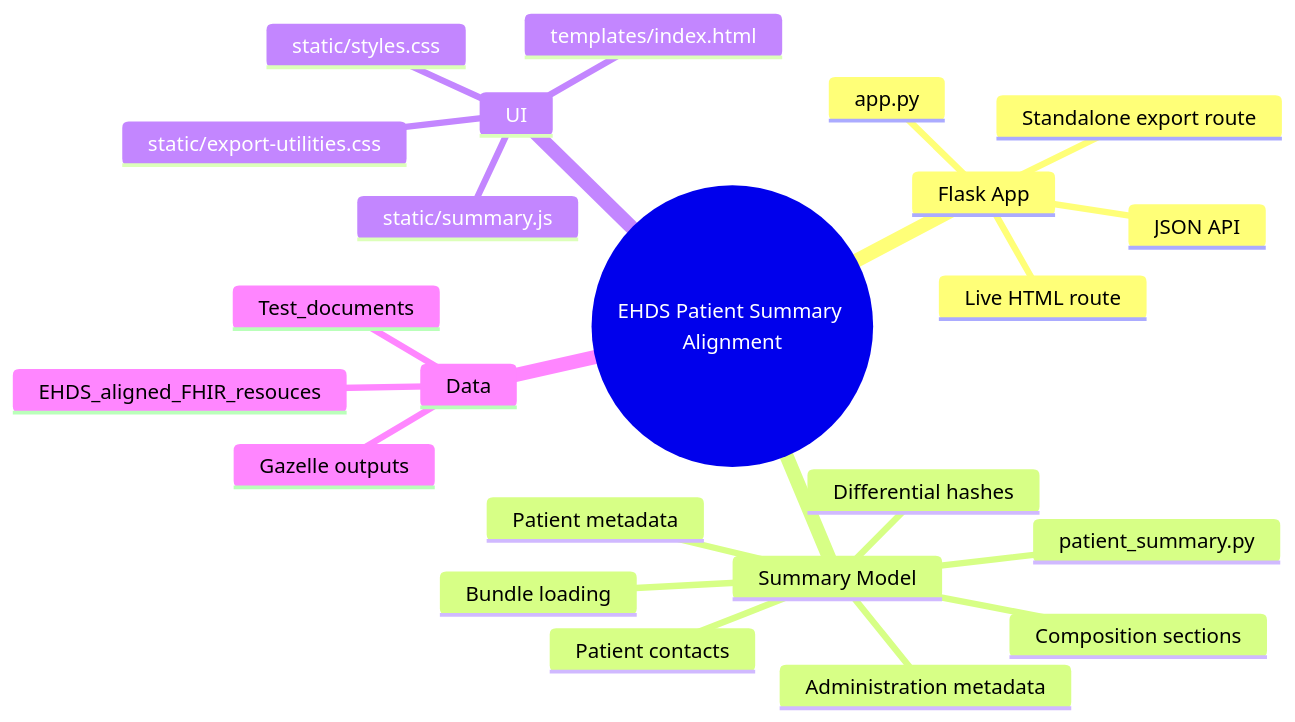
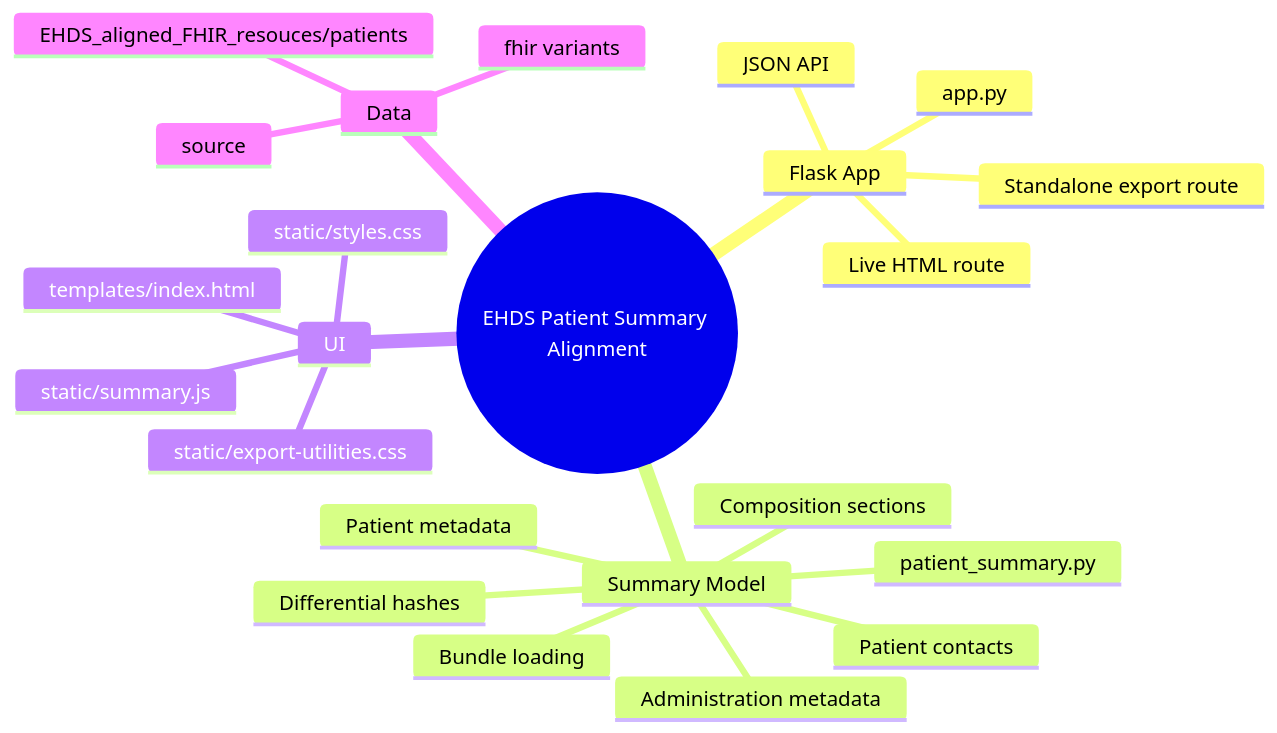
Before and after one commit to ddeveloper72/ehds-patient-summary-alignment: the third of 3 diagrams in README.md, drawn with Mermaid. The commit also changed other lines of this file, not shown here.

````diff
--- a/README.md
+++ b/README.md
@@ -100,26 +100,26 @@
 ```mermaid
 mindmap
   root((EHDS Patient Summary Alignment))
     Flask App
       app.py
       Live HTML route
       JSON API
       Standalone export route
     Summary Model
       patient_summary.py
       Bundle loading
       Composition sections
       Patient metadata
       Patient contacts
       Administration metadata
       Differential hashes
     UI
       templates/index.html
       static/styles.css
       static/summary.js
       static/export-utilities.css
     Data
-      Test_documents
-      EHDS_aligned_FHIR_resouces
-      Gazelle outputs
+      EHDS_aligned_FHIR_resouces/patients
+      source
+      fhir variants
 ```
````
